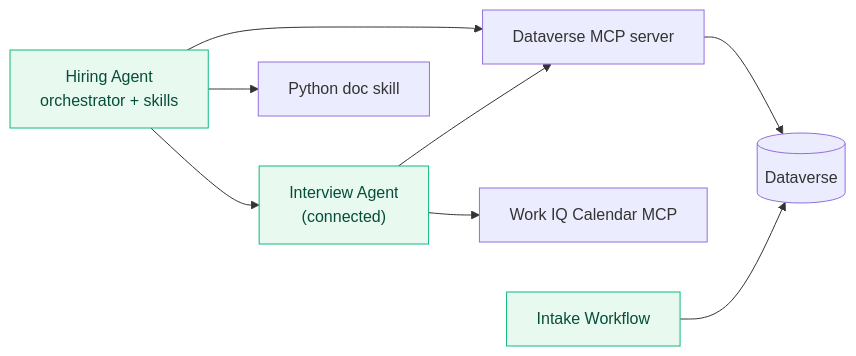
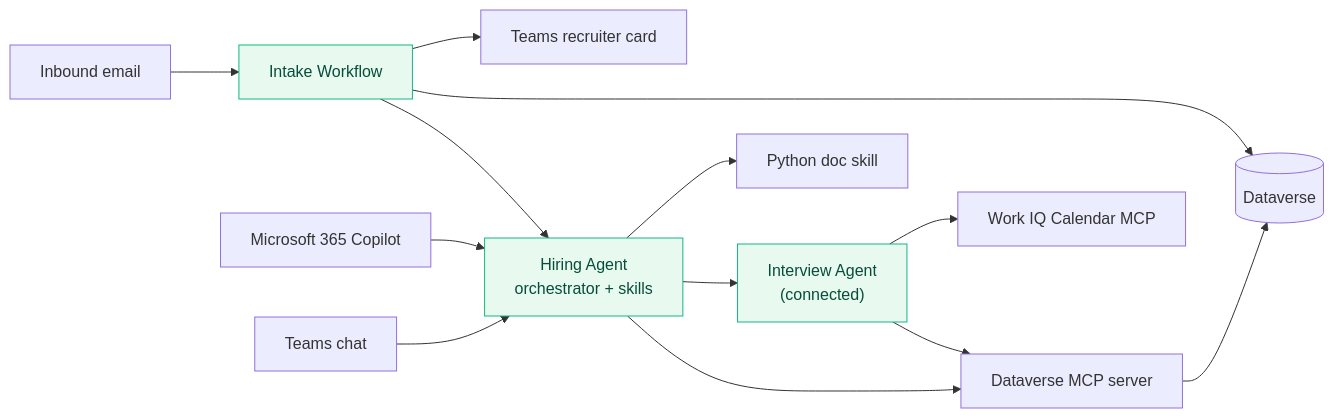
Before and after one commit to scottdurow/mcs-agent-academy: the diagram in docs/operative-nextgen/11-publish-and-monitor/index.md, drawn with Mermaid. The commit also changed other lines of this file and 29 other files, not shown here.

````diff
--- a/docs/operative-nextgen/11-publish-and-monitor/index.md
+++ b/docs/operative-nextgen/11-publish-and-monitor/index.md
@@ -42,12 +44,17 @@
 ```mermaid
 flowchart LR
+   MAIL["Inbound email"] --> WF["Intake Workflow"]
+   WF --> HA
+   M365["Microsoft 365 Copilot"] --> HA
+   TeamsChat["Teams chat"] --> HA
   HA["Hiring Agent<br/>orchestrator + skills"] --> MCP["Dataverse MCP server"]
   HA --> IA["Interview Agent<br/>(connected)"]
   HA --> DOC["Python doc skill"]
   IA --> MCP
   IA --> CAL["Work IQ Calendar MCP"]
   MCP --> DV[("Dataverse")]
-  WF["Intake Workflow"] --> DV
+   WF --> DV
+    WF --> TeamsCard["Teams recruiter card"]
   classDef a fill:#e8f9ef,stroke:#10b981,color:#064e3b
   class HA,IA,WF a
 ```
````
